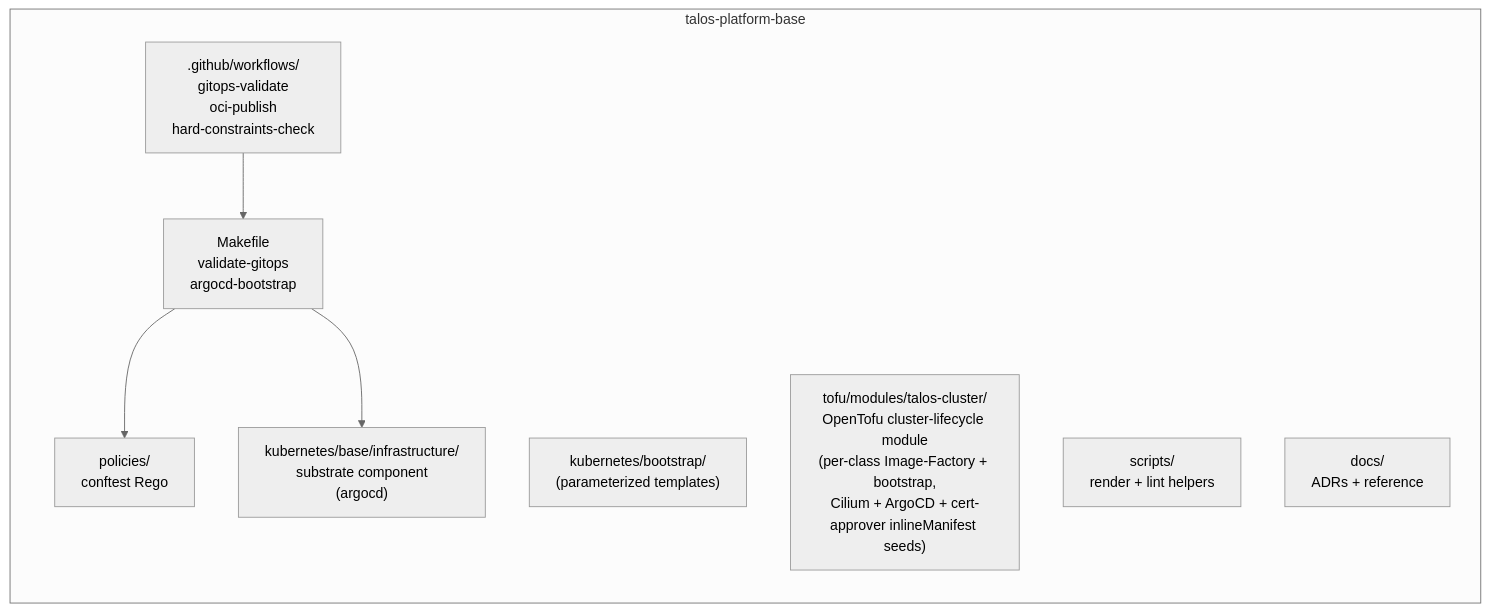
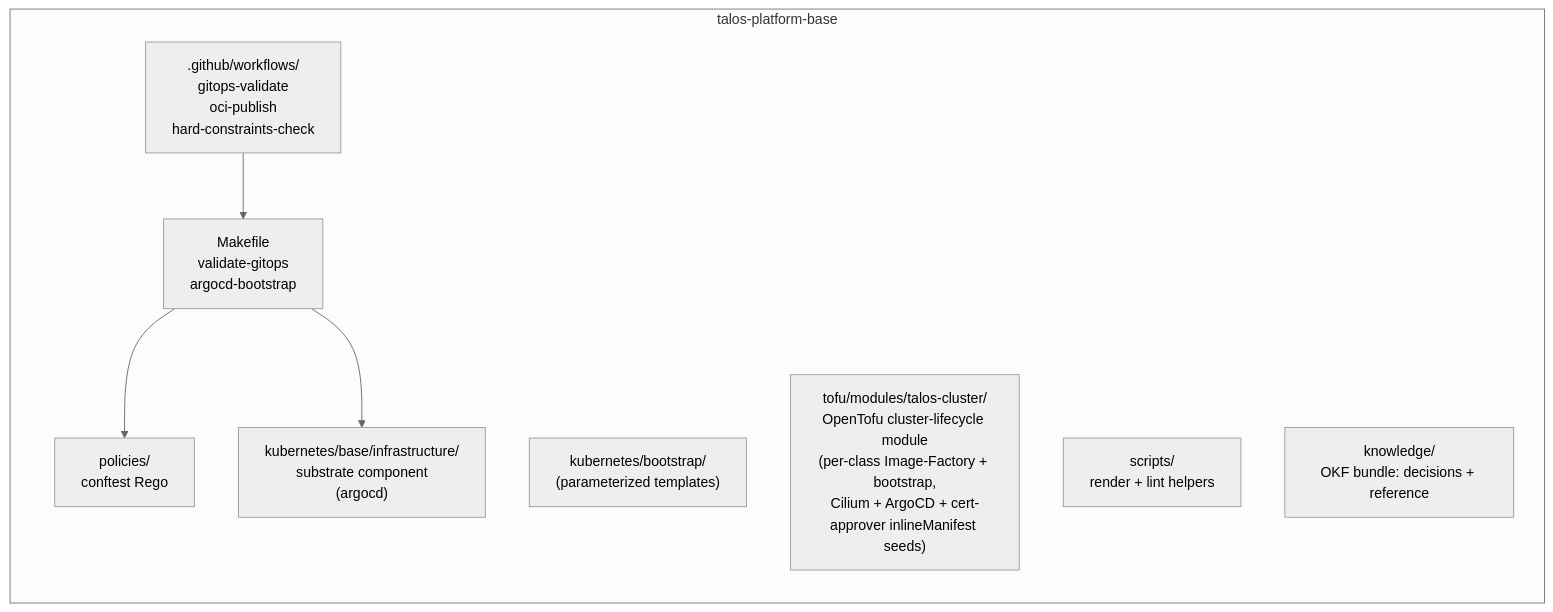
Before and after one commit to Nosmoht/talos-platform-base: the second of 3 diagrams in ARCHITECTURE.md, drawn with Mermaid. The commit also changed other lines of this file and 26 other files, not shown here.

First line of the commit message:
refactor(docs): repoint every docs/ reference to knowledge/ and relocated contracts

````diff
--- a/ARCHITECTURE.md
+++ b/ARCHITECTURE.md
@@ -141,19 +142,19 @@
 ```mermaid
 %%{init: { "theme": "neutral" } }%%
 flowchart LR
   subgraph Base["talos-platform-base"]
     direction TB
     Make[Makefile<br/>validate-gitops<br/>argocd-bootstrap]
     Boot["kubernetes/bootstrap/<br/>(parameterized templates)"]
     Infra["kubernetes/base/infrastructure/<br/>substrate component<br/>(argocd)"]
     Talos["tofu/modules/talos-cluster/<br/>OpenTofu cluster-lifecycle module<br/>(per-class Image-Factory + bootstrap,<br/>Cilium + ArgoCD + cert-approver inlineManifest seeds)"]
     Pol["policies/<br/>conftest Rego"]
     Scripts["scripts/<br/>render + lint helpers"]
-    Docs["docs/<br/>ADRs + reference"]
+    Docs["knowledge/<br/>OKF bundle: decisions + reference"]
     CI[".github/workflows/<br/>gitops-validate<br/>oci-publish<br/>hard-constraints-check"]
 
     Make --> Pol
     Make --> Infra
     CI --> Make
   end
 ```
````
